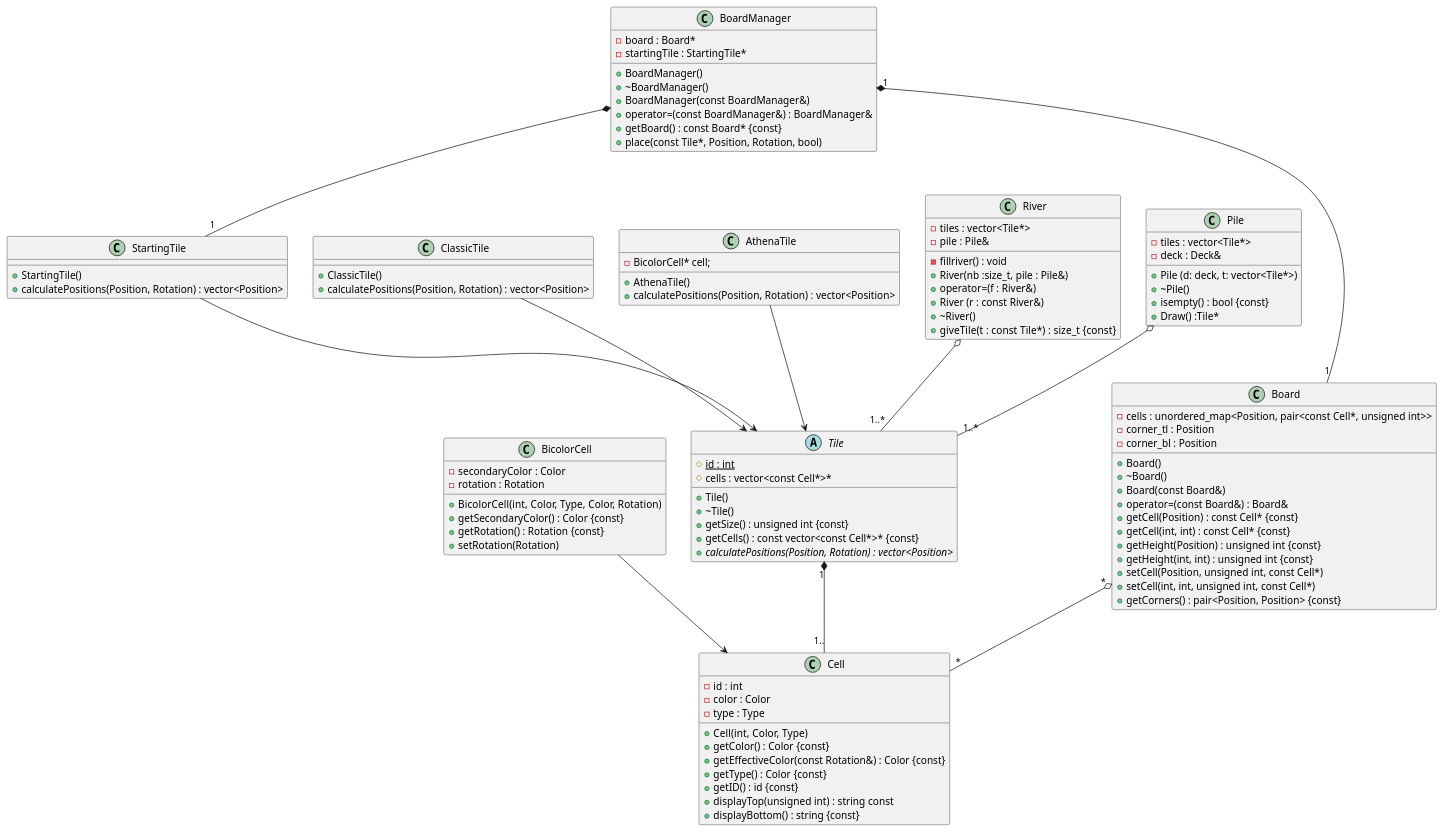
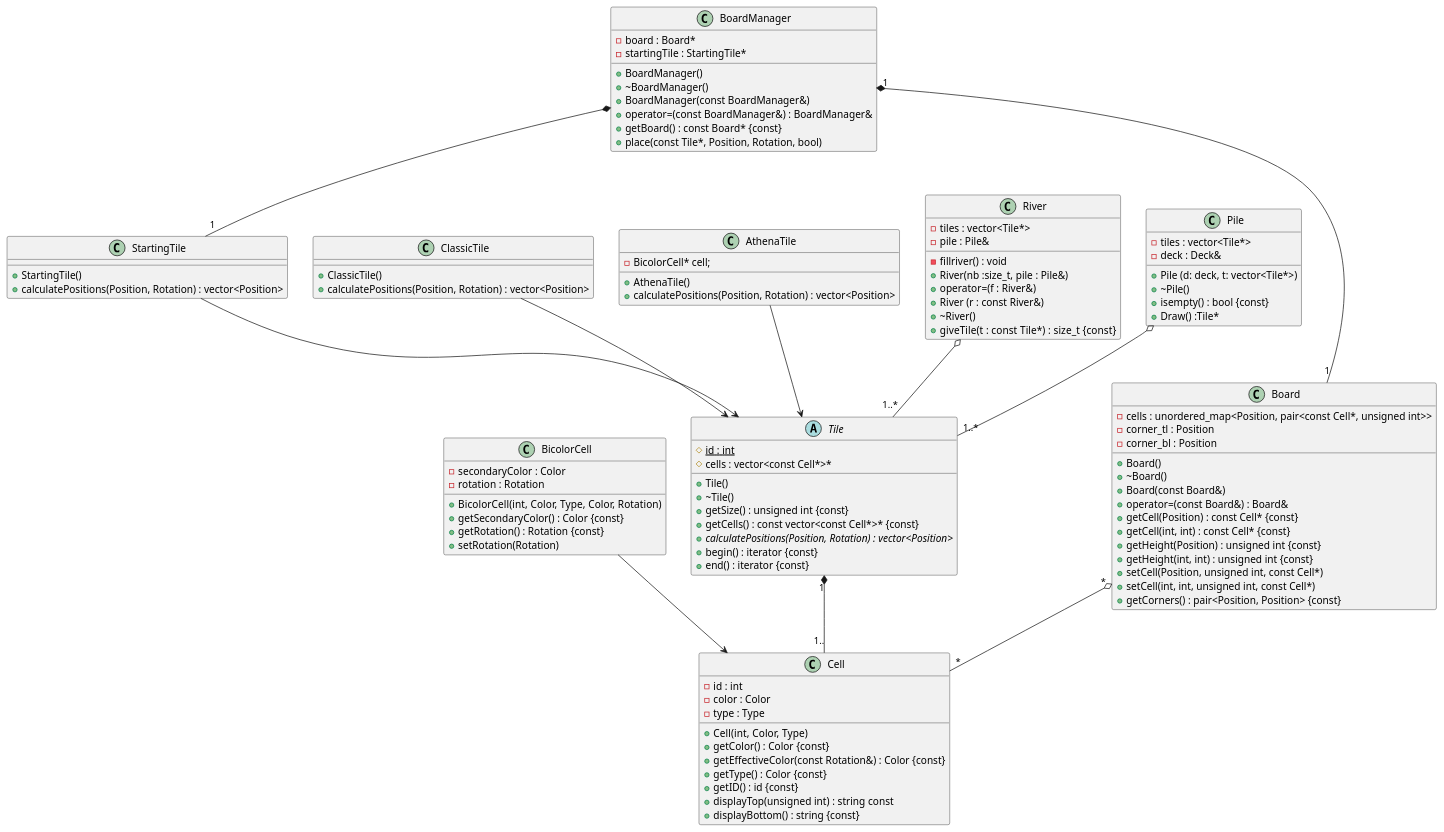
One commit to Deysox/projetLO21A25 changed the diagram in uml_akropolis.plantuml. Above: the diagram before and after it, drawn with PlantUML. The commit also changed 11 other files, not shown here.

```diff
--- a/uml_akropolis.plantuml
+++ b/uml_akropolis.plantuml
@@ -1,115 +1,117 @@
 @startuml
 class Cell {
     - id : int 
     - color : Color 
     - type : Type
     + Cell(int, Color, Type)
     + getColor() : Color {const}
     + getEffectiveColor(const Rotation&) : Color {const}
     + getType() : Color {const}
     + getID() : id {const}
     + displayTop(unsigned int) : string const
     + displayBottom() : string {const}
 }
 
 class BicolorCell {
     - secondaryColor : Color
     - rotation : Rotation
     + BicolorCell(int, Color, Type, Color, Rotation)
     + getSecondaryColor() : Color {const}
     + getRotation() : Rotation {const}
     + setRotation(Rotation)
 }
 
 BicolorCell --> Cell
 
 
 abstract Tile {
     # {static} id : int
     # cells : vector<const Cell*>*
     + Tile()
     + \~Tile()
     + getSize() : unsigned int {const}
     + getCells() : const vector<const Cell*>* {const}
     + {abstract} calculatePositions(Position, Rotation) : vector<Position>
+    + begin() : iterator {const}
+    + end() : iterator {const}
 
 }
 
 class StartingTile {
     + StartingTile()
     + calculatePositions(Position, Rotation) : vector<Position>
 }
 class ClassicTile {
     + ClassicTile()
     + calculatePositions(Position, Rotation) : vector<Position>
 }
 class AthenaTile {
     - BicolorCell* cell;
     + AthenaTile()
     + calculatePositions(Position, Rotation) : vector<Position>
 }
 
 StartingTile --> Tile
 ClassicTile --> Tile
 AthenaTile --> Tile
 
 Tile "1" *-- "1.." Cell
 
 
 
 class Board {
     - cells : unordered_map<Position, pair<const Cell*, unsigned int>>
     - corner_tl : Position
     - corner_bl : Position
     + Board()
     + \~Board()
     + Board(const Board&)
     + operator=(const Board&) : Board&
     + getCell(Position) : const Cell* {const}
     + getCell(int, int) : const Cell* {const}
     + getHeight(Position) : unsigned int {const}
     + getHeight(int, int) : unsigned int {const}
     + setCell(Position, unsigned int, const Cell*)
     + setCell(int, int, unsigned int, const Cell*)
     + getCorners() : pair<Position, Position> {const}
 }
 
 Board "*" o-- "*" Cell 
 
 class BoardManager {
     - board : Board*
     - startingTile : StartingTile*
     + BoardManager()
     + \~BoardManager()
     + BoardManager(const BoardManager&)
     + operator=(const BoardManager&) : BoardManager&
     + getBoard() : const Board* {const}
     + place(const Tile*, Position, Rotation, bool)
 }
 
 BoardManager "1" *-- "1" Board
 BoardManager *-- "1" StartingTile
 
 class River{
     - tiles : vector<Tile*>
     - pile : Pile&
     - fillriver() : void
     + River(nb :size_t, pile : Pile&)
     + operator=(f : River&)
     +River (r : const River&)
     +~River()
     + giveTile(t : const Tile*)  : size_t {const}
 
 }
 River o-- "1..*" Tile
 class Pile{
     - tiles : vector<Tile*>
     - deck : Deck&
     + Pile (d: deck, t: vector<Tile*>)
     +~Pile()
     + isempty() : bool {const}
     + Draw() :Tile*
 
 }
 Pile o-- "1..*" Tile
 @enduml
```
